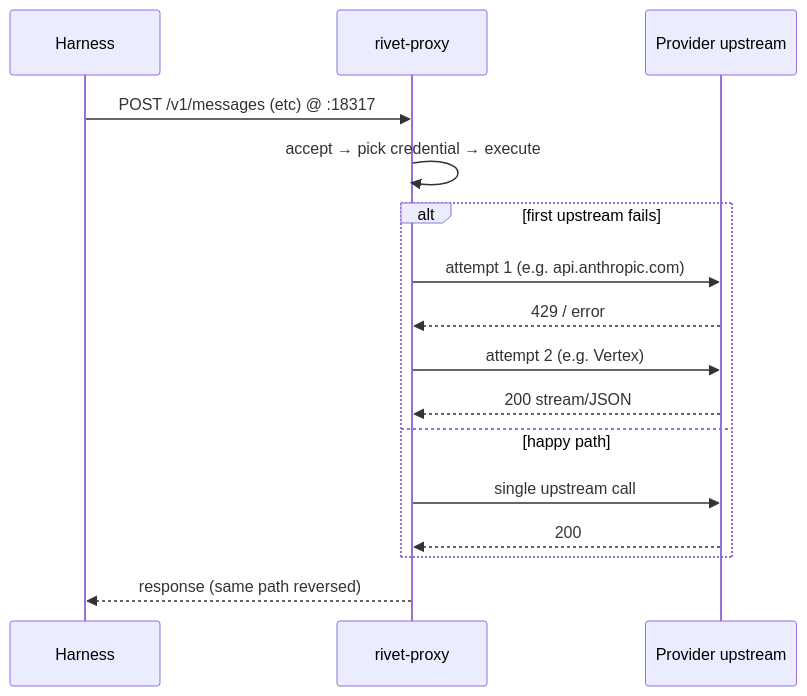
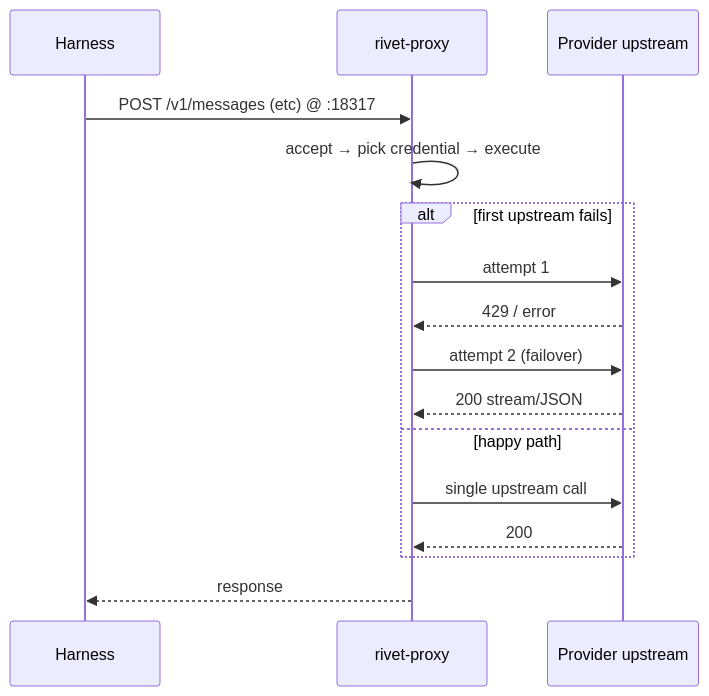
The third of 13 diagrams in docs/architecture.md (Rivethub/ExperimentOne), drawn with Mermaid before and after one commit. The commit also changed other lines of this file and 28 other files, not shown here.

````diff
--- a/docs/architecture.md
+++ b/docs/architecture.md
@@ -123,18 +223,18 @@
 ```mermaid
 sequenceDiagram
   participant H as Harness
   participant P as rivet-proxy
   participant U as Provider upstream
   H->>P: POST /v1/messages (etc) @ :18317
   P->>P: accept → pick credential → execute
   alt first upstream fails
-    P->>U: attempt 1 (e.g. api.anthropic.com)
+    P->>U: attempt 1
     U-->>P: 429 / error
-    P->>U: attempt 2 (e.g. Vertex)
+    P->>U: attempt 2 (failover)
     U-->>P: 200 stream/JSON
   else happy path
     P->>U: single upstream call
     U-->>P: 200
   end
-  P-->>H: response (same path reversed)
+  P-->>H: response
 ```
````
